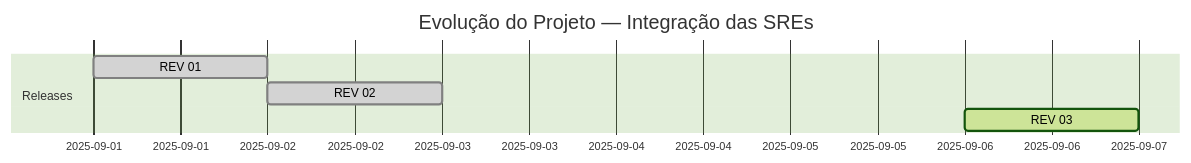
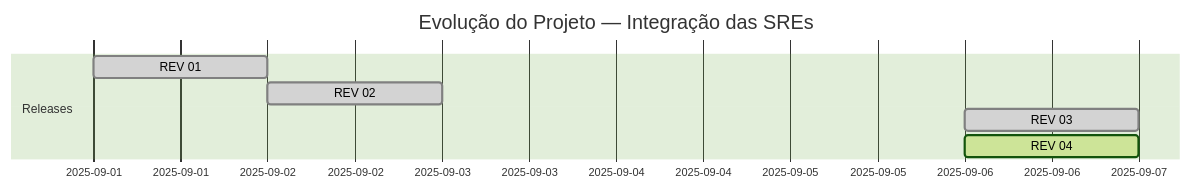
The diagram in README.md (Beto1821/app_pesquisa_licitacoes), drawn with Mermaid (forest theme) before and after one commit. The commit also changed other lines of this file, not shown here.

````diff
--- a/README.md
+++ b/README.md
@@ -33,9 +34,10 @@
 ```mermaid
 gantt
    dateFormat  YYYY-MM
    title       Evolução do Projeto — Integração das SREs
    section Releases
    REV 01 :done,  des1, 2025-09-01, 1d
    REV 02 :done,  des2, 2025-09-02, 1d
-   REV 03 :active, des3, 2025-09-06, 1d
+   REV 03 :done,  des3, 2025-09-06, 1d
+   REV 04 :active, des4, 2025-09-06, 1d
 ```
````
